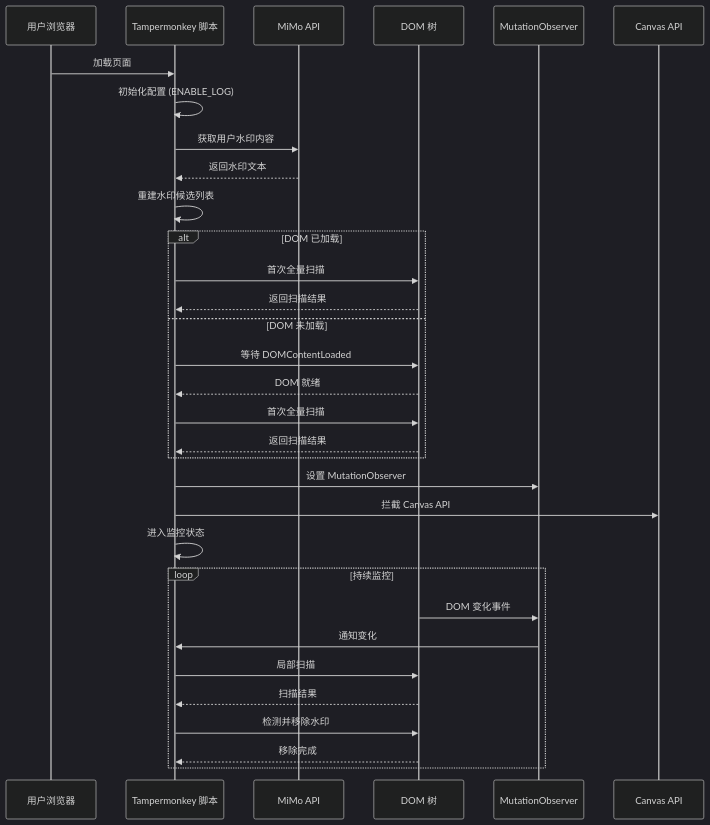
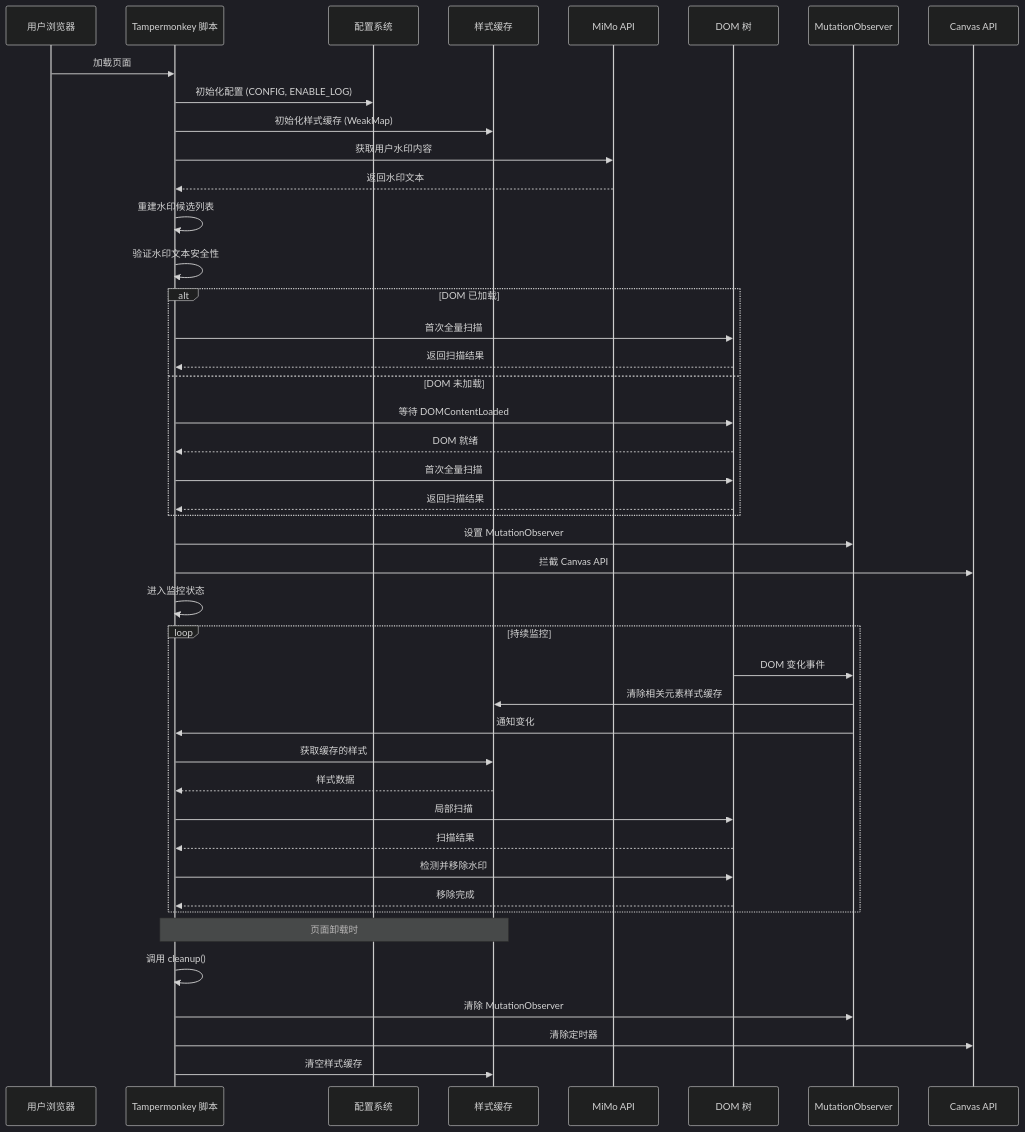
Before and after one commit to wang93wei/Xiaomi-MiMo-Studio-Watermark-Remover: the first of 11 diagrams in SEQUENCE_DIAGRAMS.md, drawn with Mermaid (dark theme). The commit also changed other lines of this file, not shown here.

First line of the commit message:
更新时序图文档到 v1.3.5

````diff
--- a/SEQUENCE_DIAGRAMS.md
+++ b/SEQUENCE_DIAGRAMS.md
@@ -7,38 +20,51 @@
 ```mermaid
 sequenceDiagram
     participant User as 用户浏览器
     participant Script as Tampermonkey 脚本
+    participant Config as 配置系统
+    participant Cache as 样式缓存
     participant API as MiMo API
     participant DOM as DOM 树
     participant Observer as MutationObserver
     participant Canvas as Canvas API
 
     User->>Script: 加载页面
-    Script->>Script: 初始化配置 (ENABLE_LOG)
+    Script->>Config: 初始化配置 (CONFIG, ENABLE_LOG)
+    Script->>Cache: 初始化样式缓存 (WeakMap)
     Script->>API: 获取用户水印内容
     API-->>Script: 返回水印文本
     Script->>Script: 重建水印候选列表
-    
+    Script->>Script: 验证水印文本安全性
+
     alt DOM 已加载
         Script->>DOM: 首次全量扫描
         DOM-->>Script: 返回扫描结果
     else DOM 未加载
         Script->>DOM: 等待 DOMContentLoaded
         DOM-->>Script: DOM 就绪
         Script->>DOM: 首次全量扫描
         DOM-->>Script: 返回扫描结果
     end
-    
+
     Script->>Observer: 设置 MutationObserver
     Script->>Canvas: 拦截 Canvas API
     Script->>Script: 进入监控状态
-    
+
     loop 持续监控
         DOM->>Observer: DOM 变化事件
+        Observer->>Cache: 清除相关元素样式缓存
         Observer->>Script: 通知变化
+        Script->>Cache: 获取缓存的样式
+        Cache-->>Script: 样式数据
         Script->>DOM: 局部扫描
         DOM-->>Script: 扫描结果
         Script->>DOM: 检测并移除水印
         DOM-->>Script: 移除完成
     end
+
+    Note over Script,Cache: 页面卸载时
+    Script->>Script: 调用 cleanup()
+    Script->>Observer: 清除 MutationObserver
+    Script->>Canvas: 清除定时器
+    Script->>Cache: 清空样式缓存
 ```
````
